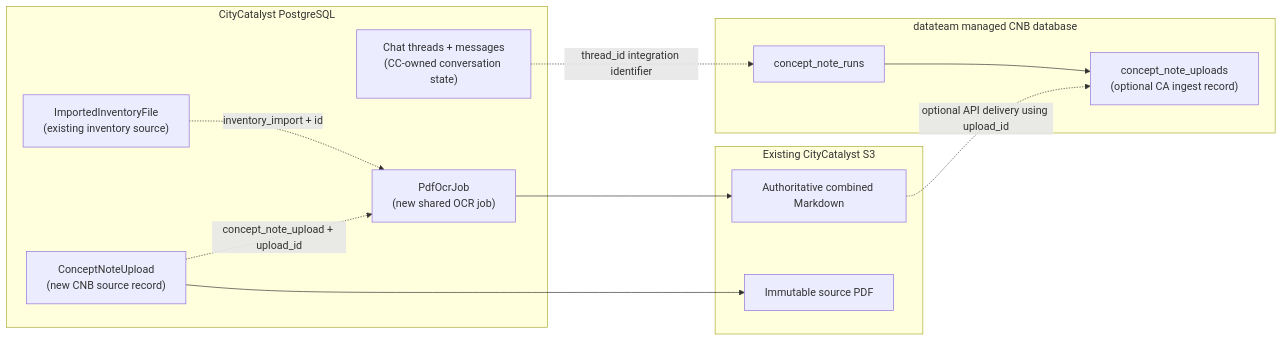
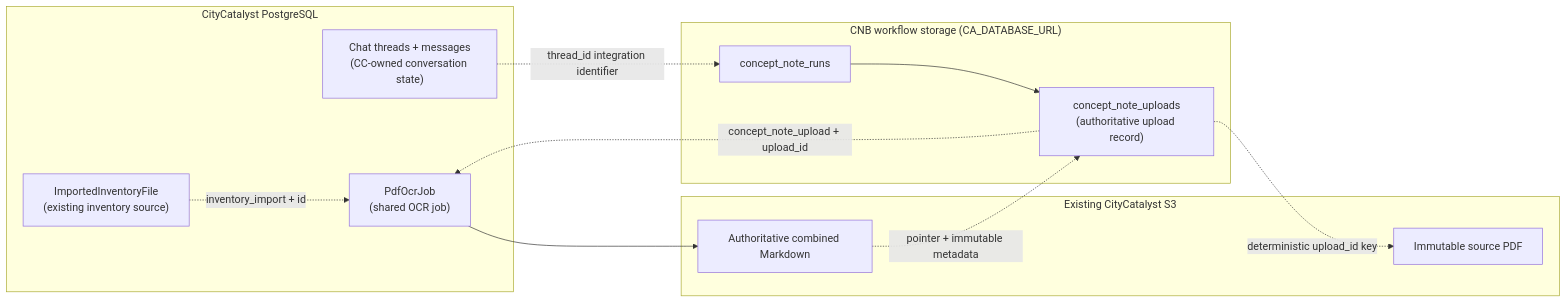
The third of 14 diagrams in docs/ConceptNoteBuilderArchitecture.md (Open-Earth-Foundation/CityCatalyst), drawn with Mermaid before and after one commit. The commit also changed other lines of this file and 16 other files, not shown here.

Commit message:
feat: connect Concept Notes to PDF OCR

````diff
--- a/docs/ConceptNoteBuilderArchitecture.md
+++ b/docs/ConceptNoteBuilderArchitecture.md
@@ -234,27 +238,26 @@
 ```mermaid
 flowchart LR
     subgraph CCDB["CityCatalyst PostgreSQL"]
         Inventory["ImportedInventoryFile<br/>(existing inventory source)"]
         Chat["Chat threads + messages<br/>(CC-owned conversation state)"]
-        CNUpload["ConceptNoteUpload<br/>(new CNB source record)"]
-        OCR["PdfOcrJob<br/>(new shared OCR job)"]
+        OCR["PdfOcrJob<br/>(shared OCR job)"]
     end
 
     subgraph CCS3["Existing CityCatalyst S3"]
         Source["Immutable source PDF"]
         Markdown["Authoritative combined Markdown"]
     end
 
-    subgraph CNBDB["datateam managed CNB database"]
+    subgraph CNBDB["CNB workflow storage (CA_DATABASE_URL)"]
         Run["concept_note_runs"]
-        Received["concept_note_uploads<br/>(optional CA ingest record)"]
+        Upload["concept_note_uploads<br/>(authoritative upload record)"]
     end
 
     Inventory -.->|"inventory_import + id"| OCR
-    CNUpload -.->|"concept_note_upload + upload_id"| OCR
-    CNUpload --> Source
+    Upload -.->|"concept_note_upload + upload_id"| OCR
+    Upload -.->|"deterministic upload_id key"| Source
     OCR --> Markdown
     Chat -.->|"thread_id integration identifier"| Run
-    Run --> Received
-    Markdown -.->|"optional API delivery using upload_id"| Received
+    Run --> Upload
+    Markdown -.->|"pointer + immutable metadata"| Upload
 ```
````
